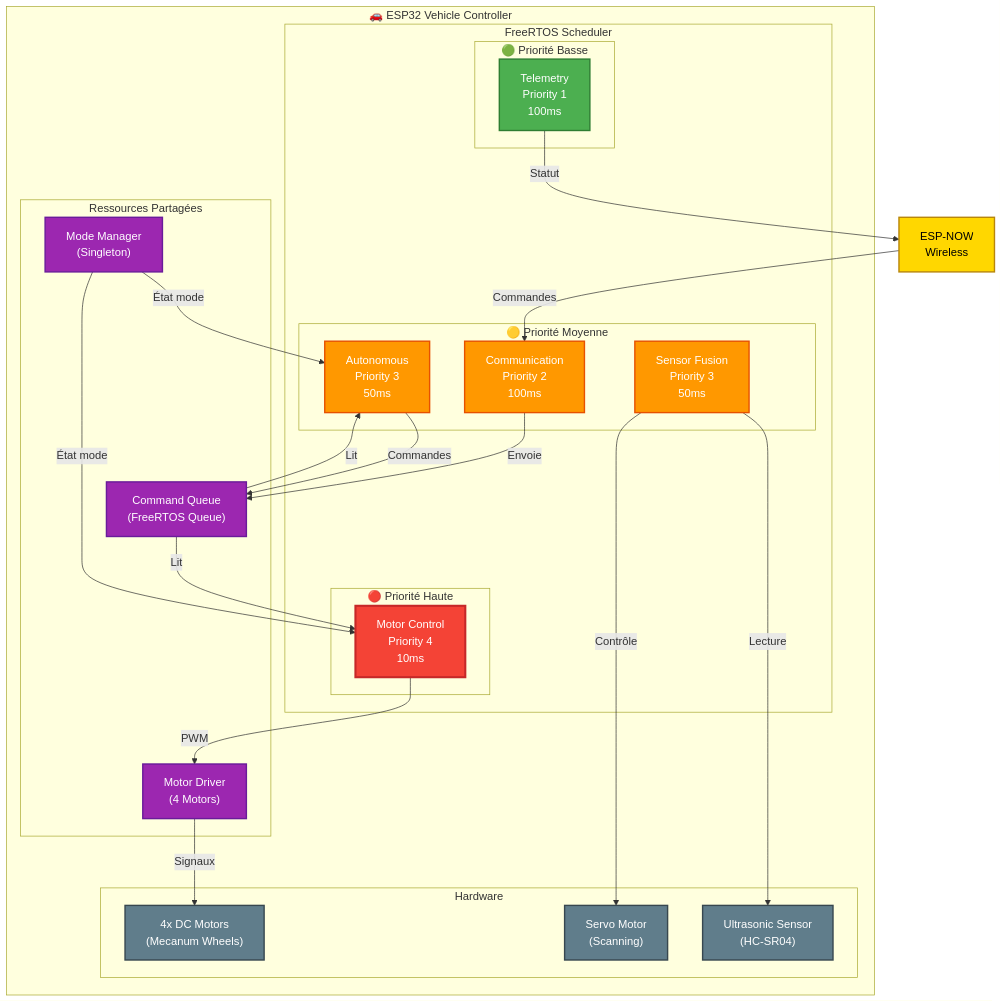
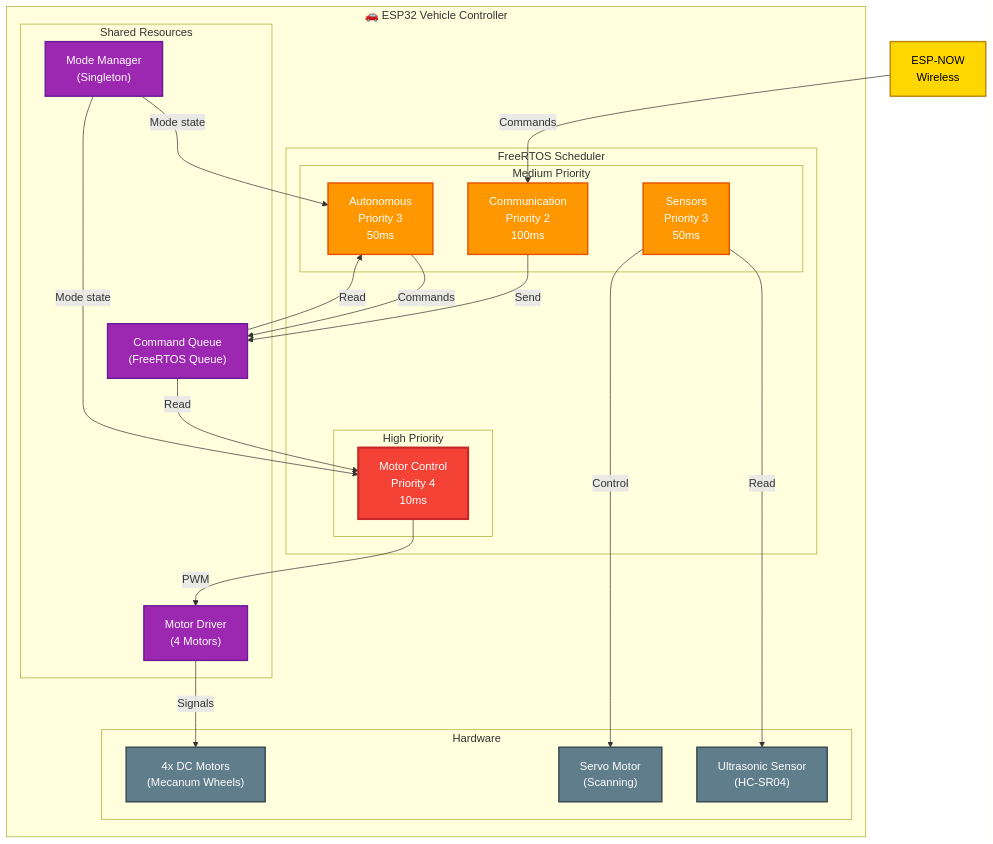
Before and after one commit to Yaniv23/final-project-gesture-car: the second of 17 diagrams in docs/architecture.md, drawn with Mermaid. The commit also changed other lines of this file and 16 other files, not shown here.

````diff
--- a/docs/architecture.md
+++ b/docs/architecture.md
@@ -97,61 +97,54 @@
 ```mermaid
 graph TB
     subgraph VehicleController["🚗 ESP32 Vehicle Controller"]
         subgraph FreeRTOS["FreeRTOS Scheduler"]
-            subgraph HighPriority["🔴 Priorité Haute"]
+            subgraph HighPriority["High Priority"]
                 MotorControl["Motor Control<br/>Priority 4<br/>10ms"]
             end
             
-            subgraph MediumPriority["🟡 Priorité Moyenne"]
-                SensorFusion["Sensor Fusion<br/>Priority 3<br/>50ms"]
+            subgraph MediumPriority["Medium Priority"]
+                SensorFusion["Sensors<br/>Priority 3<br/>50ms"]
                 Autonomous["Autonomous<br/>Priority 3<br/>50ms"]
                 Communication["Communication<br/>Priority 2<br/>100ms"]
             end
-            
-            subgraph LowPriority["🟢 Priorité Basse"]
-                Telemetry["Telemetry<br/>Priority 1<br/>100ms"]
-            end
         end
         
-        subgraph SharedResources["Ressources Partagées"]
+        subgraph SharedResources["Shared Resources"]
             CommandQueue["Command Queue<br/>(FreeRTOS Queue)"]
             ModeManager["Mode Manager<br/>(Singleton)"]
             MotorDriver["Motor Driver<br/>(4 Motors)"]
         end
         
         subgraph Hardware["Hardware"]
             Motors["4x DC Motors<br/>(Mecanum Wheels)"]
             Servo["Servo Motor<br/>(Scanning)"]
             Ultrasonic["Ultrasonic Sensor<br/>(HC-SR04)"]
         end
     end
     
     ESPNOW["ESP-NOW<br/>Wireless"]
     
-    ESPNOW -->|"Commandes"| Communication
-    Communication -->|"Envoie"| CommandQueue
-    CommandQueue -->|"Lit"| MotorControl
-    CommandQueue -->|"Lit"| Autonomous
-    ModeManager -->|"État mode"| MotorControl
-    ModeManager -->|"État mode"| Autonomous
+    ESPNOW -->|"Commands"| Communication
+    Communication -->|"Send"| CommandQueue
+    CommandQueue -->|"Read"| MotorControl
+    CommandQueue -->|"Read"| Autonomous
+    ModeManager -->|"Mode state"| MotorControl
+    ModeManager -->|"Mode state"| Autonomous
     MotorControl -->|"PWM"| MotorDriver
-    Autonomous -->|"Commandes"| CommandQueue
-    SensorFusion -->|"Lecture"| Ultrasonic
-    SensorFusion -->|"Contrôle"| Servo
-    MotorDriver -->|"Signaux"| Motors
-    Telemetry -->|"Statut"| ESPNOW
+    Autonomous -->|"Commands"| CommandQueue
+    SensorFusion -->|"Read"| Ultrasonic
+    SensorFusion -->|"Control"| Servo
+    MotorDriver -->|"Signals"| Motors
     
     classDef highPriority fill:#F44336,stroke:#C62828,stroke-width:3px,color:#fff
     classDef mediumPriority fill:#FF9800,stroke:#E65100,stroke-width:2px,color:#fff
-    classDef lowPriority fill:#4CAF50,stroke:#2E7D32,stroke-width:2px,color:#fff
     classDef shared fill:#9C27B0,stroke:#6A1B9A,stroke-width:2px,color:#fff
     classDef hardware fill:#607D8B,stroke:#37474F,stroke-width:2px,color:#fff
     classDef comm fill:#FFD700,stroke:#B8860B,stroke-width:2px,color:#000
     
     class MotorControl highPriority
     class SensorFusion,Autonomous,Communication mediumPriority
-    class Telemetry lowPriority
     class CommandQueue,ModeManager,MotorDriver shared
     class Motors,Servo,Ultrasonic hardware
     class ESPNOW comm
 ```
````
